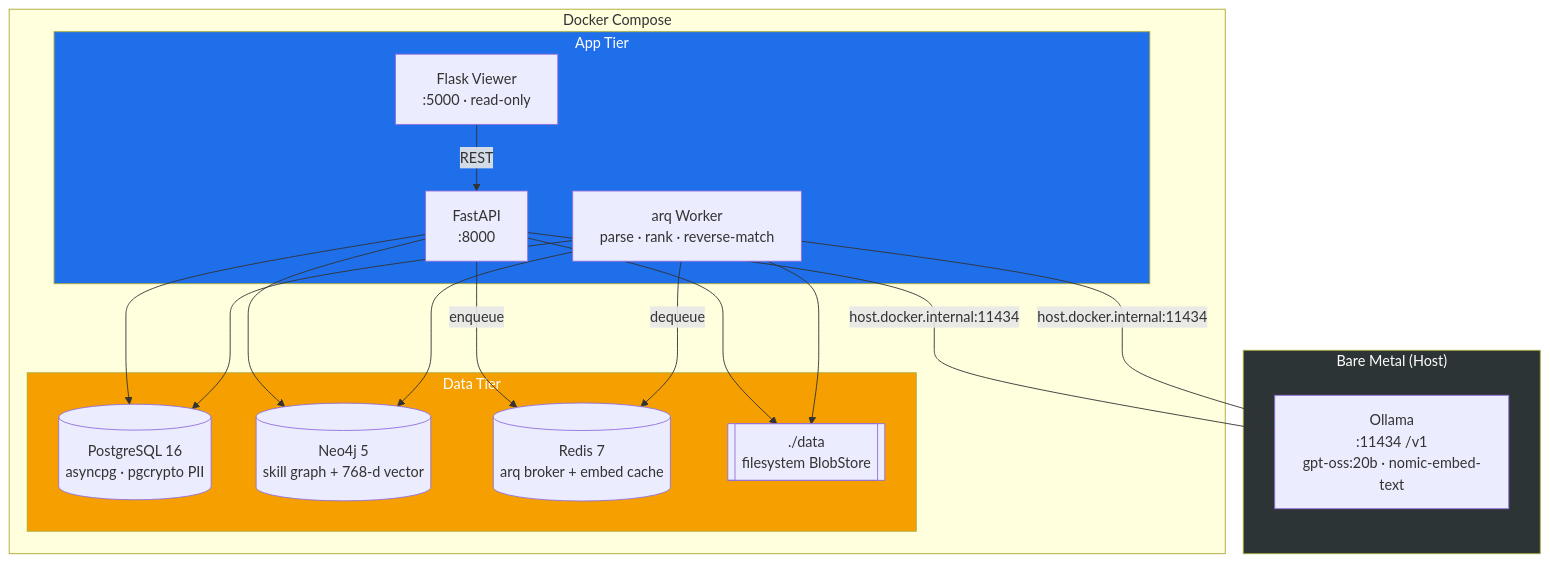
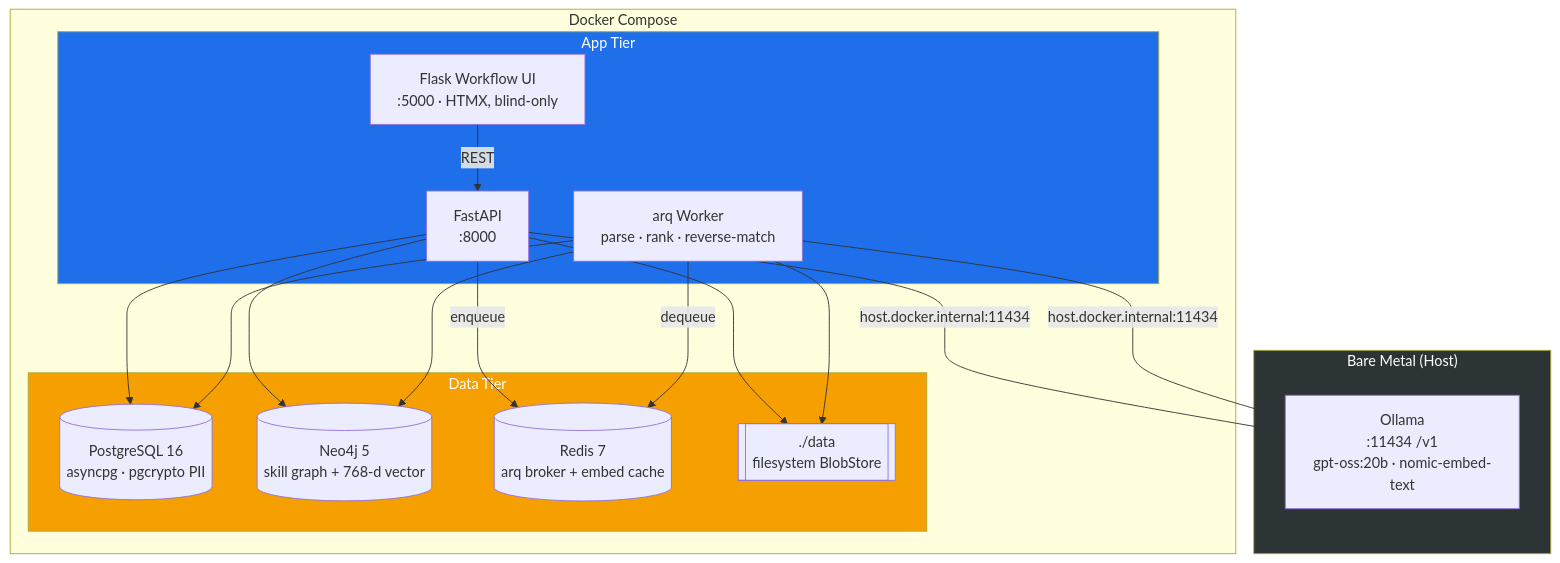
One commit to humanaxiom/recruiter-assistant changed the first of 2 diagrams in README.md. Above: the diagram before and after it, drawn with Mermaid. The commit also changed other lines of this file and 31 other files, not shown here.

First line of the commit message:
Workflow UI — full job/résumé/shortlist workflow (Flask + HTMX, blind-only) (#18)

````diff
--- a/README.md
+++ b/README.md
@@ -20,35 +20,35 @@
 ```mermaid
 graph TB
     subgraph Metal["Bare Metal (Host)"]
         OL[Ollama<br/>:11434 /v1<br/>gpt-oss:20b · nomic-embed-text]
     end
 
     subgraph Docker["Docker Compose"]
         subgraph AppTier["App Tier"]
             API[FastAPI<br/>:8000]
             WK[arq Worker<br/>parse · rank · reverse-match]
-            FE[Flask Viewer<br/>:5000 · read-only]
+            FE[Flask Workflow UI<br/>:5000 · HTMX, blind-only]
         end
         subgraph DataTier["Data Tier"]
             PG[(PostgreSQL 16<br/>asyncpg · pgcrypto PII)]
             NEO[(Neo4j 5<br/>skill graph + 768-d vector)]
             RD[(Redis 7<br/>arq broker + embed cache)]
             BLOB[["./data<br/>filesystem BlobStore"]]
         end
     end
 
     FE -->|REST| API
     API --> PG
     API --> NEO
     API -->|enqueue| RD
     API --> BLOB
     WK -->|dequeue| RD
     WK --> PG
     WK --> NEO
     WK --> BLOB
     API & WK -->|host.docker.internal:11434| OL
 
     style Metal fill:#2D3436,color:#fff
     style AppTier fill:#1F6FEB,color:#fff
     style DataTier fill:#F59F00,color:#fff
 ```
````
